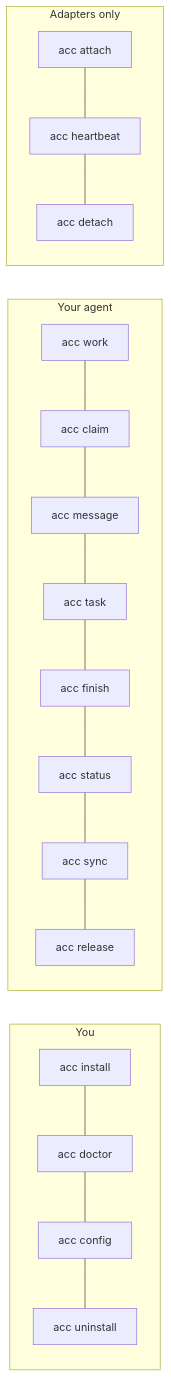
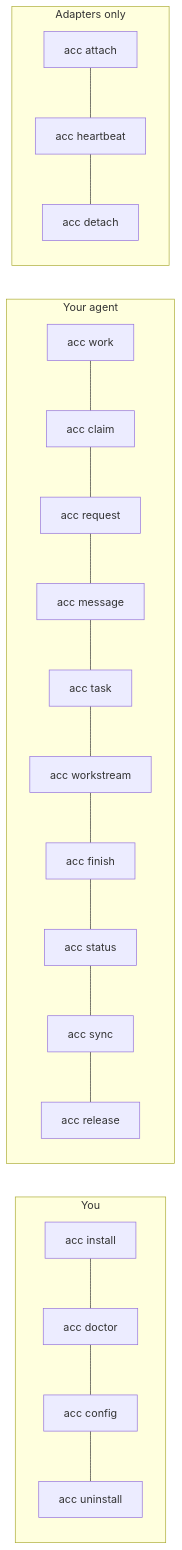
One commit to automatis-tools/agents-can-communicate changed the diagram in docs/CLI.md. Above: the diagram before and after it, drawn with Mermaid. The commit also changed other lines of this file and 8 other files, not shown here.

````diff
--- a/docs/CLI.md
+++ b/docs/CLI.md
@@ -5,12 +5,12 @@
 ```mermaid
 graph LR
   subgraph You
     I[acc install] --- D[acc doctor] --- CF[acc config] --- UN[acc uninstall]
   end
   subgraph Your agent
-    W[acc work] --- CL[acc claim] --- MS[acc message] --- TK[acc task] --- FN[acc finish] --- ST[acc status] --- SY[acc sync] --- RL[acc release]
+    W[acc work] --- CL[acc claim] --- RQ[acc request] --- MS[acc message] --- TK[acc task] --- WS[acc workstream] --- FN[acc finish] --- ST[acc status] --- SY[acc sync] --- RL[acc release]
   end
   subgraph Adapters only
     AT[acc attach] --- HB[acc heartbeat] --- DT[acc detach]
   end
 ```
````
